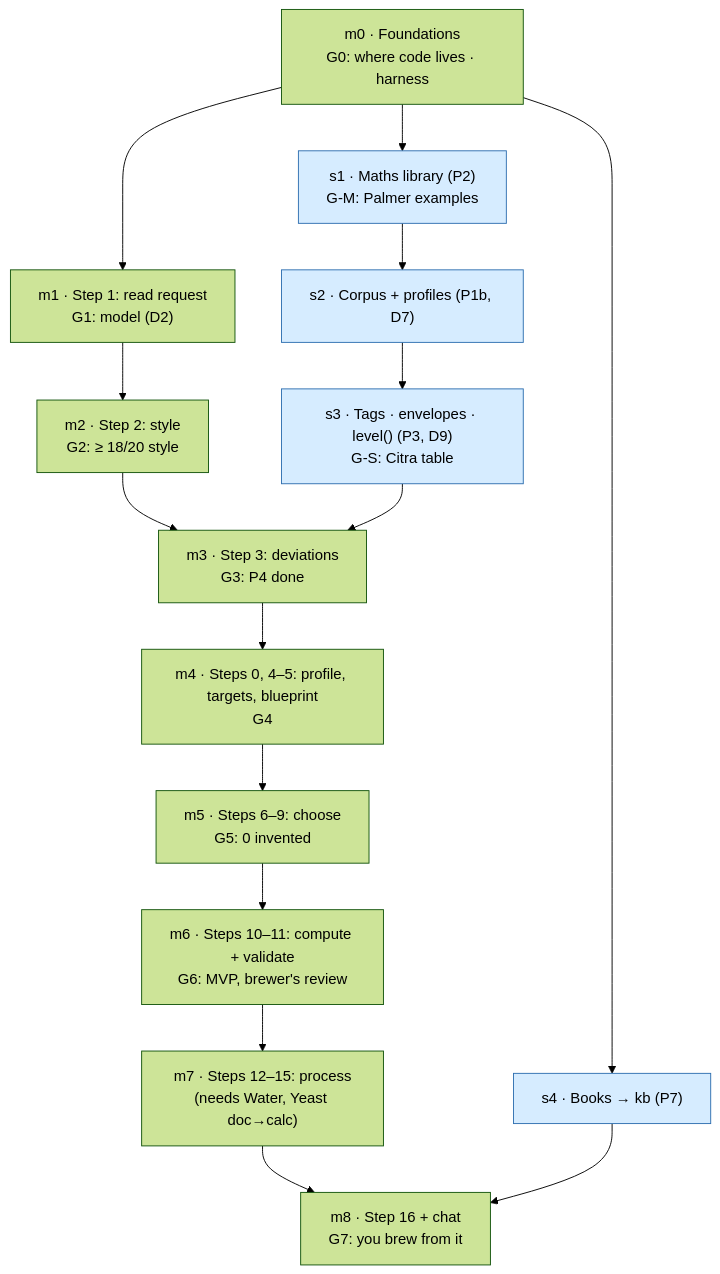
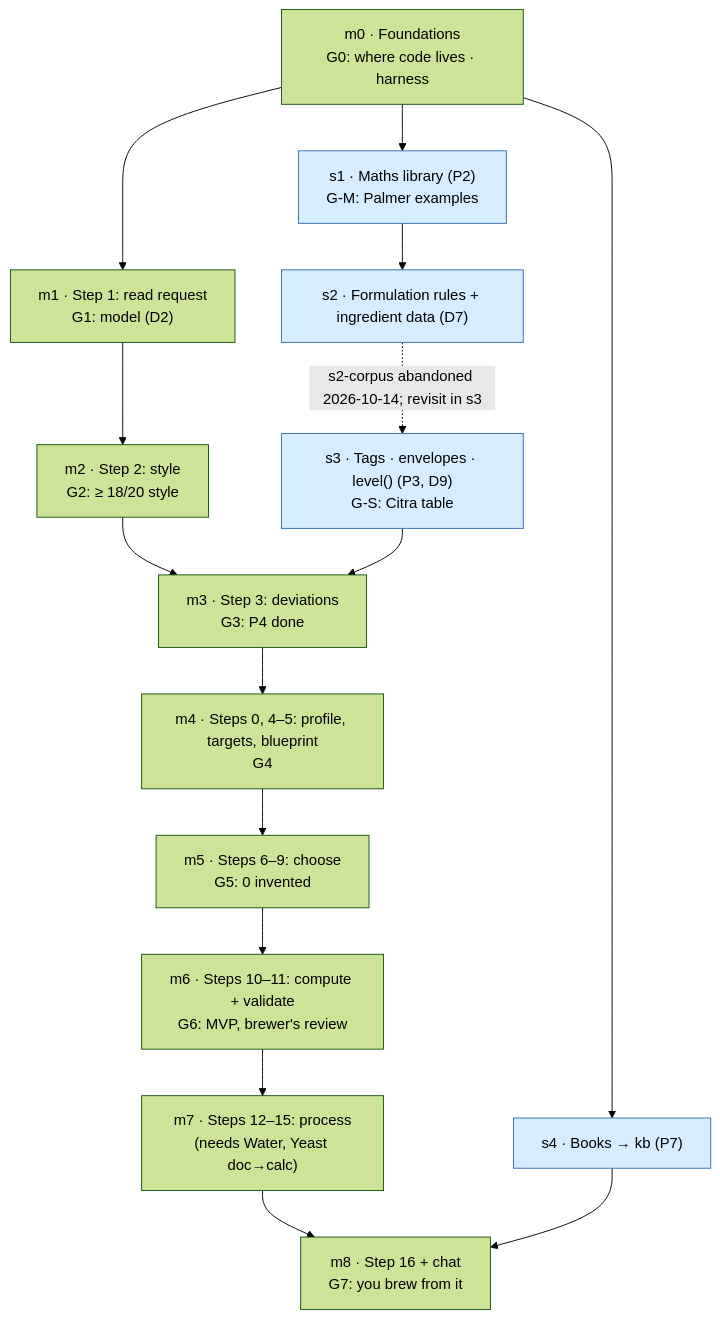
Before and after one commit to badacsonyigorenyember/homebrew_ai: the diagram in docs/WORKFLOW-ROADMAP.md, drawn with Mermaid (forest theme). The commit also changed other lines of this file and 6 other files, not shown here.

Commit message:
Record D7 and s2-corpus notes in roadmaps

````diff
--- a/docs/WORKFLOW-ROADMAP.md
+++ b/docs/WORKFLOW-ROADMAP.md
@@ -28,19 +28,20 @@
 ```mermaid
 flowchart TD
     M0["m0 · Foundations<br/>G0: where code lives · harness"] --> M1 & S1 & S4
     M1["m1 · Step 1: read request<br/>G1: model (D2)"] --> M2
     M2["m2 · Step 2: style<br/>G2: ≥ 18/20 style"] --> M3
     S1["s1 · Maths library (P2)<br/>G-M: Palmer examples"] --> S2
-    S2["s2 · Corpus + profiles (P1b, D7)"] --> S3
+    S2["s2 · Formulation rules + ingredient data (D7)"]
+    S2 -. "s2-corpus abandoned 2026-10-14; revisit in s3" .-> S3
     S3["s3 · Tags · envelopes · level() (P3, D9)<br/>G-S: Citra table"] --> M3
     M3["m3 · Step 3: deviations<br/>G3: P4 done"] --> M4
     M4["m4 · Steps 0, 4–5: profile, targets, blueprint<br/>G4"] --> M5
     M5["m5 · Steps 6–9: choose<br/>G5: 0 invented"] --> M6
     M6["m6 · Steps 10–11: compute + validate<br/>G6: MVP, brewer's review"] --> M7
     M7["m7 · Steps 12–15: process<br/>(needs Water, Yeast doc→calc)"] --> M8
     S4["s4 · Books → kb (P7)"] --> M8
     M8["m8 · Step 16 + chat<br/>G7: you brew from it"]
 
     classDef side fill:#d6ecff,stroke:#2f6fb0,color:#000
     class S1,S2,S3,S4 side
 ```
````
